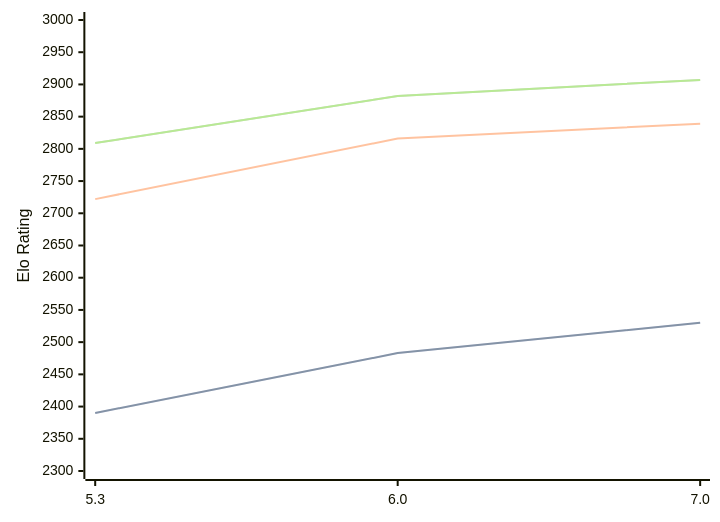
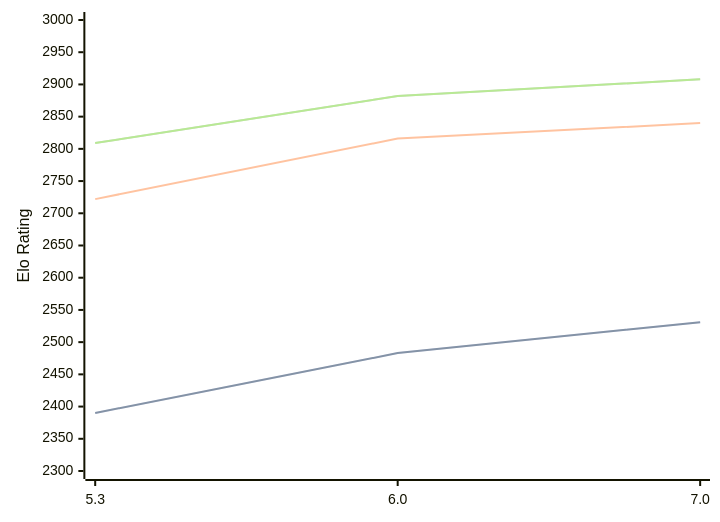
One commit to computer-chess-index/cci changed the diagram in engines/tomitankChess.md. Above: the diagram before and after it, drawn with Mermaid. The commit also changed other lines of this file, not shown here.

Commit message:
Update CCI Ratings (ELO VLTC) - 2026-09-09

````diff
--- a/engines/tomitankChess.md
+++ b/engines/tomitankChess.md
@@ -33,11 +33,11 @@
 ```mermaid
 %%{init: {"theme":"base","themeVariables":{"seriesColors:['#a3a3a3','#222221','#faa371']}}}%%
 xychart-beta
   x-axis ["5.3", "6.0", "7.0"]
   y-axis "Elo Rating" 2300 --> 3000
-  line "" [2390, 2483, 2530]
-  line "STC (8.0+0.08s)" [2390, 2483, 2530]
-  line "LTC (60.0+0.60s)" [2722, 2816, 2839]
-  line "" [2809, 2882, 2907]
-  line "VLTC (2m24s+1.12s)" [2809, 2882, 2907]
+  line "" [2390, 2483, 2531]
+  line "STC (8.0+0.08s)" [2390, 2483, 2531]
+  line "LTC (60.0+0.60s)" [2722, 2816, 2840]
+  line "" [2809, 2882, 2908]
+  line "VLTC (2m24s+1.12s)" [2809, 2882, 2908]
 ```
````
